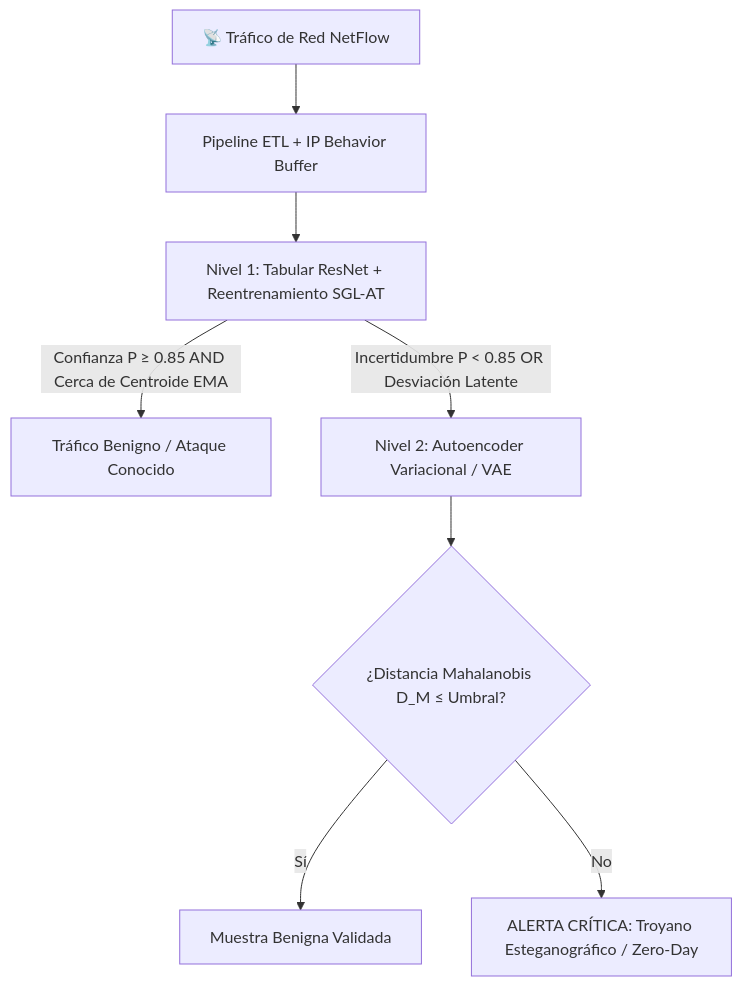
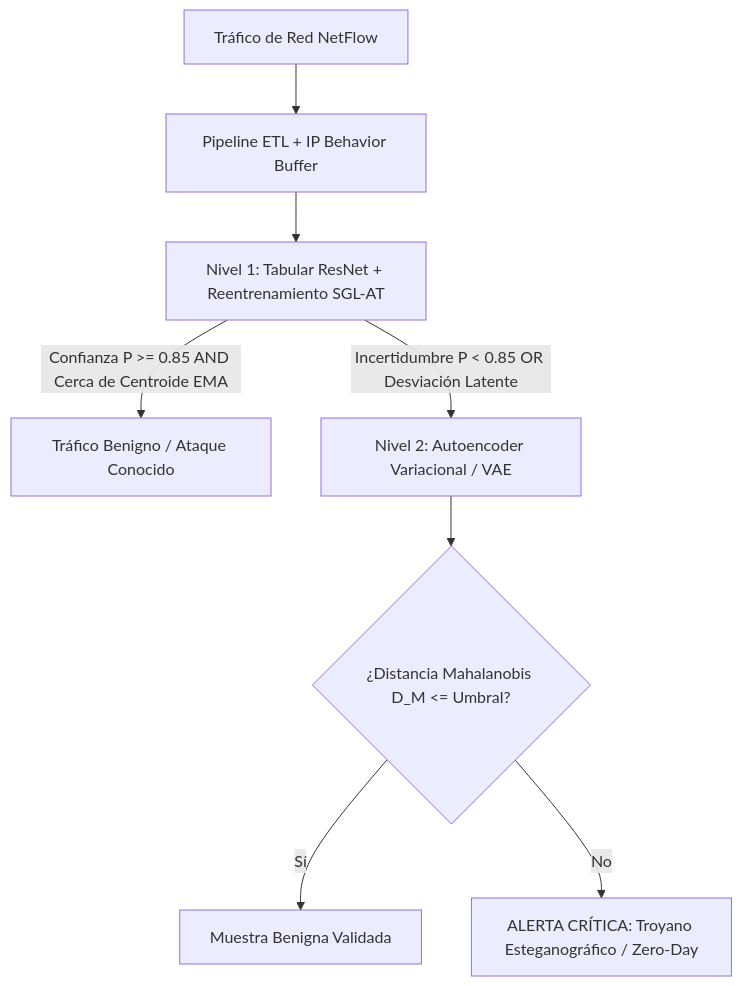
One commit to danielgomollon/tfg-adversarial-ml-ids changed the first of 3 diagrams in README.md. Above: the diagram before and after it, drawn with Mermaid. The commit also changed other lines of this file, not shown here.

````diff
--- a/README.md
+++ b/README.md
@@ -30,13 +30,12 @@
 ```mermaid
 flowchart TD
-    A[📡 Tráfico de Red NetFlow] --> B[ Pipeline ETL + IP Behavior Buffer]
-    B --> C[ Nivel 1: Tabular ResNet + Reentrenamiento SGL-AT]
-    
-    C -->|Confianza P ≥ 0.85 AND Cerca de Centroide EMA| D[ Tráfico Benigno / Ataque Conocido]
-    C -->|Incertidumbre P < 0.85 OR Desviación Latente| E[ Nivel 2: Autoencoder Variacional / VAE]
-    
-    E --> F{¿Distancia Mahalanobis D_M ≤ Umbral?}
-    F -->|Sí| G[ Muestra Benigna Validada]
-    F -->|No| H[ ALERTA CRÍTICA: Troyano Esteganográfico / Zero-Day]
+    A["Tráfico de Red NetFlow"] --> B["Pipeline ETL + IP Behavior Buffer"]
+    B --> C["Nivel 1: Tabular ResNet + Reentrenamiento SGL-AT"]
 
+    C -->|"Confianza P >= 0.85 AND Cerca de Centroide EMA"| D["Tráfico Benigno / Ataque Conocido"]
+    C -->|"Incertidumbre P < 0.85 OR Desviación Latente"| E["Nivel 2: Autoencoder Variacional / VAE"]
+
+    E --> F{"¿Distancia Mahalanobis D_M <= Umbral?"}
+    F -->|"Sí"| G["Muestra Benigna Validada"]
+    F -->|"No"| H["ALERTA CRÍTICA: Troyano Esteganográfico / Zero-Day"]
 ```
````
